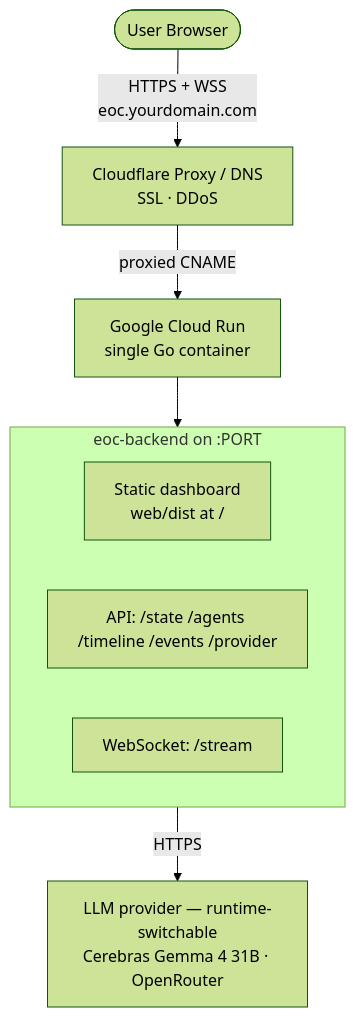
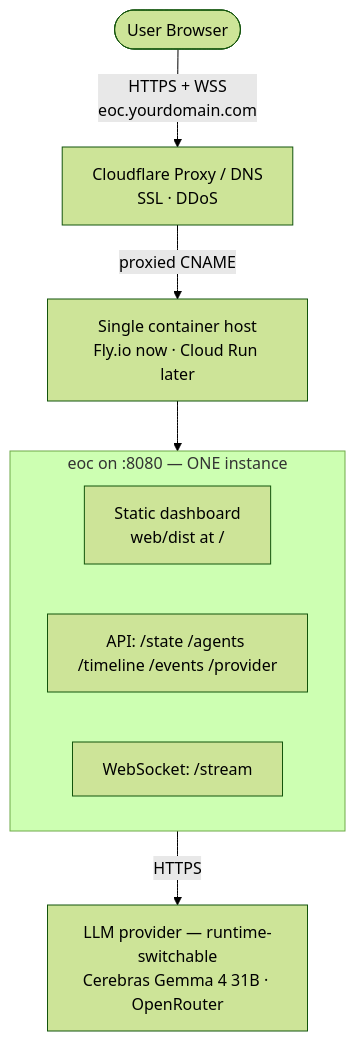
One commit to nrynss/opsec-control changed the diagram in hosting.md. Above: the diagram before and after it, drawn with Mermaid (forest theme). The commit also changed other lines of this file and 2 other files, not shown here.

First line of the commit message:
docs(deploy): adopt Fly.io as deploy target (Cloud Run later)

````diff
--- a/hosting.md
+++ b/hosting.md
@@ -21,12 +47,12 @@
 ```mermaid
 graph TD
     User([User Browser]) -->|HTTPS + WSS<br/>eoc.yourdomain.com| CF[Cloudflare Proxy / DNS<br/>SSL · DDoS]
-    CF -->|proxied CNAME| GCR[Google Cloud Run<br/>single Go container]
-    subgraph GCR_SVC [eoc-backend on :PORT]
+    CF -->|proxied CNAME| HOST[Single container host<br/>Fly.io now · Cloud Run later]
+    subgraph SVC [eoc on :8080 — ONE instance]
       Static[Static dashboard<br/>web/dist at /]
       API[API: /state /agents /timeline /events /provider]
       WS[WebSocket: /stream]
     end
-    GCR --> GCR_SVC
-    GCR_SVC -->|HTTPS| LLM[LLM provider — runtime-switchable<br/>Cerebras Gemma 4 31B · OpenRouter]
+    HOST --> SVC
+    SVC -->|HTTPS| LLM[LLM provider — runtime-switchable<br/>Cerebras Gemma 4 31B · OpenRouter]
 ```
````
